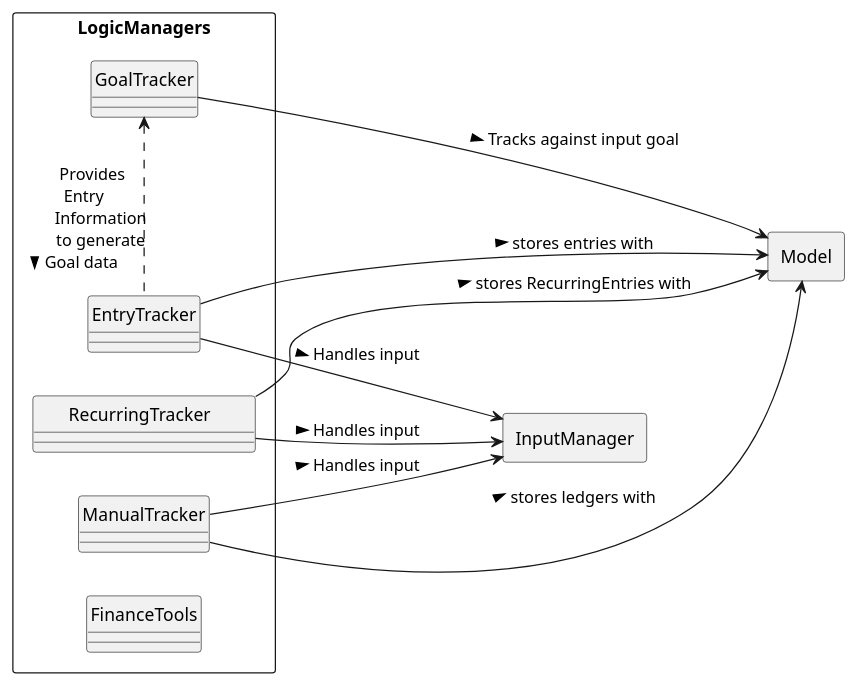
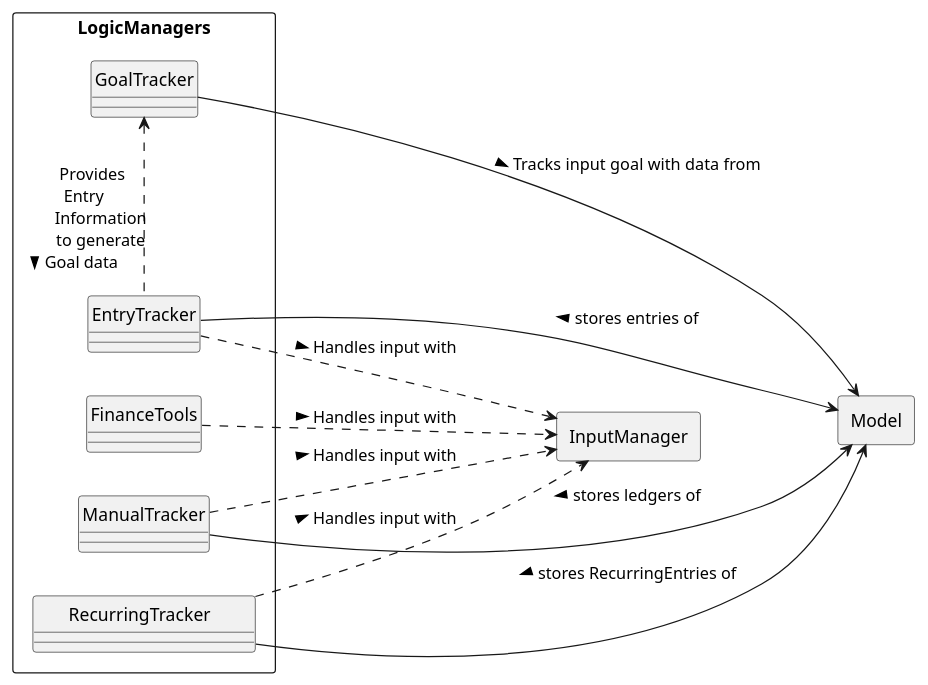
One commit to nus-cs2113-AY2021S1/tp changed the diagram in docs/diagrams/design/Handler_arch.puml. Above: the diagram before and after it, drawn with PlantUML. The commit also changed 5 other files, not shown here.

Commit message:
Improve UML diagrams for Logic, data, handler

```diff
--- a/docs/diagrams/design/Handler_arch.puml
+++ b/docs/diagrams/design/Handler_arch.puml
@@ -1,59 +1,60 @@
 @startuml
 hide circle
 skinparam classAttributeIconSize 0
 skinparam BoxPadding 100
 skinparam shadowing false
 left to right direction
 
 
 skinparam package<<Layout>> {
   borderColor Transparent
   backgroundColor Transparent
   fontColor Transparent
   stereotypeFontColor Transparent
 }
 
 
 
 
 rectangle Model {
 
 }
 
 rectangle InputManager {
 }
 
 
 
 rectangle LogicManagers {
     class ManualTracker {
     }
     
     class "       RecurringTracker         " {
     }
 
     class EntryTracker {
     }
 
     class GoalTracker {
     }
 
     class FinanceTools{
     }
 
-    EntryTracker --> Model : stores entries with >
-    ManualTracker --> Model : stores ledgers with >
-    "       RecurringTracker         " ---> Model : stores RecurringEntries with >
+    EntryTracker --> Model : < stores entries of
+    ManualTracker --> Model : < stores ledgers of
+    "       RecurringTracker         " ---> Model : < stores RecurringEntries of
 }
 
-ManualTracker --> InputManager : > Handles input 
-EntryTracker --> InputManager : > Handles input 
-"       RecurringTracker         " --> InputManager : > Handles input 
+ManualTracker ..> InputManager : > Handles input with
+EntryTracker ..> InputManager : > Handles input with
+"       RecurringTracker         " ..> InputManager : > Handles input with
+FinanceTools ..> InputManager : > Handles input with
 
-GoalTracker --> Model : Tracks against input goal >
+GoalTracker --> Model : Tracks input goal with data from >
 GoalTracker <. EntryTracker :   \n         Provides\n      Entry \n             Information\n             to generate\n           Goal data >
 
 
 
 
 @enduml
```
